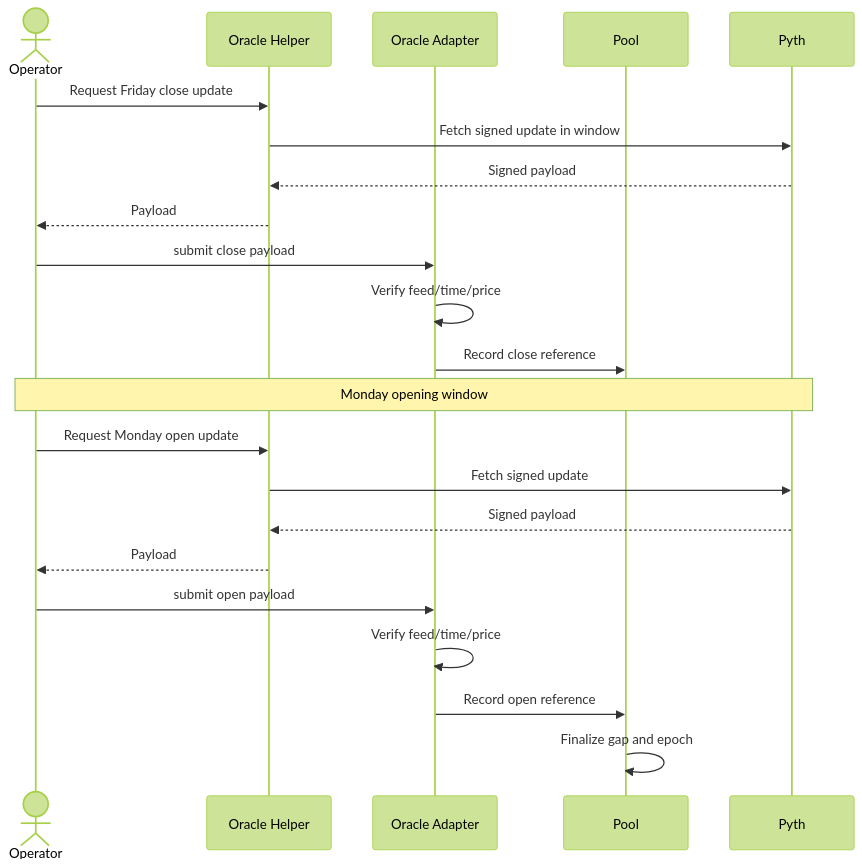
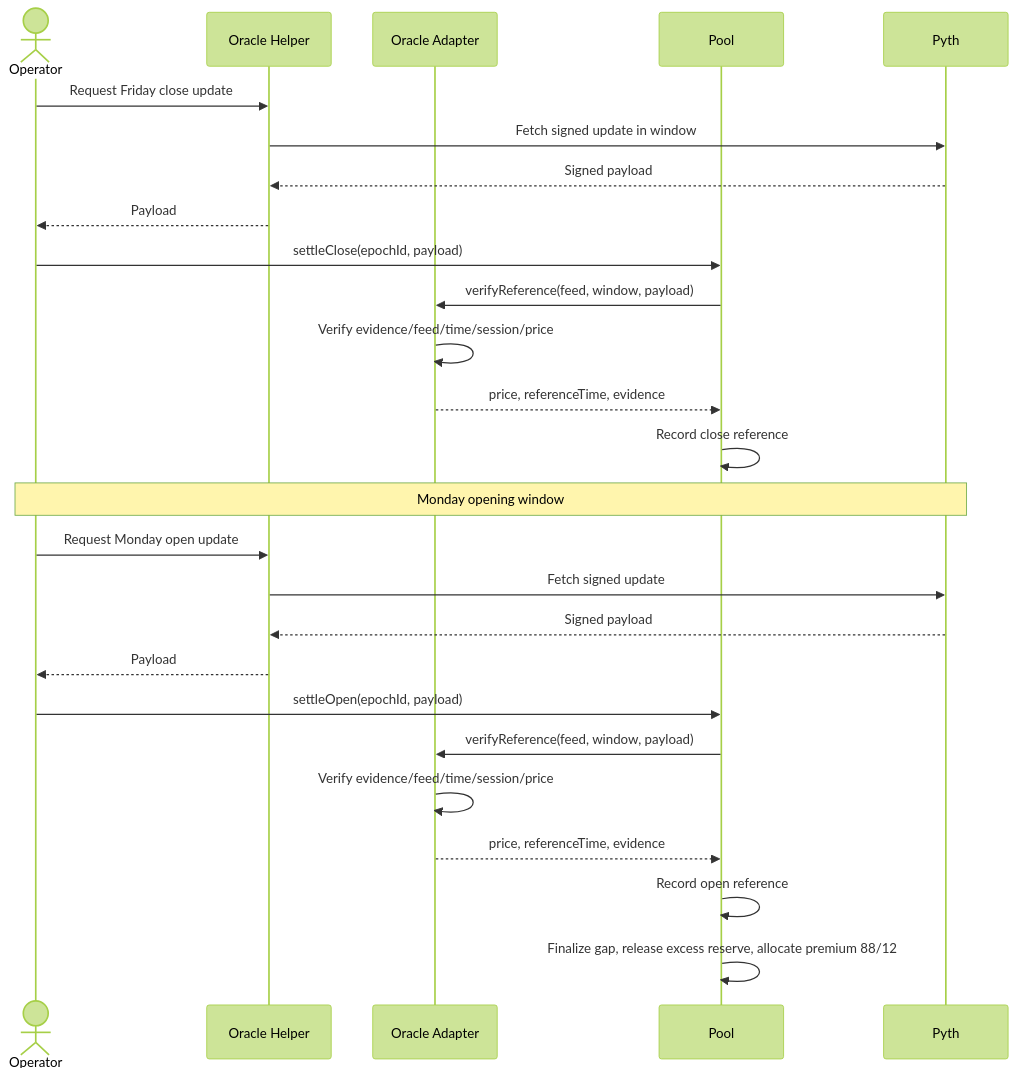
The sixth of 7 diagrams in GAPSHIELD_PRODUCT_ARCHITECTURE.md (modolu/gapshield), drawn with Mermaid (forest theme) before and after one commit. The commit also changed other lines of this file and 2 other files, not shown here.

First line of the commit message:
docs: freeze phase 0 architecture decisions

````diff
--- a/GAPSHIELD_PRODUCT_ARCHITECTURE.md
+++ b/GAPSHIELD_PRODUCT_ARCHITECTURE.md
@@ -628,27 +667,31 @@
 ```mermaid
 sequenceDiagram
     actor Operator
     participant Server as Oracle Helper
     participant Oracle as Oracle Adapter
     participant Pool
     participant Pyth
 
     Operator->>Server: Request Friday close update
     Server->>Pyth: Fetch signed update in window
     Pyth-->>Server: Signed payload
     Server-->>Operator: Payload
-    Operator->>Oracle: submit close payload
-    Oracle->>Oracle: Verify feed/time/price
-    Oracle->>Pool: Record close reference
+    Operator->>Pool: settleClose(epochId, payload)
+    Pool->>Oracle: verifyReference(feed, window, payload)
+    Oracle->>Oracle: Verify evidence/feed/time/session/price
+    Oracle-->>Pool: price, referenceTime, evidence
+    Pool->>Pool: Record close reference
 
     Note over Operator,Pyth: Monday opening window
 
     Operator->>Server: Request Monday open update
     Server->>Pyth: Fetch signed update
     Pyth-->>Server: Signed payload
     Server-->>Operator: Payload
-    Operator->>Oracle: submit open payload
-    Oracle->>Oracle: Verify feed/time/price
-    Oracle->>Pool: Record open reference
-    Pool->>Pool: Finalize gap and epoch
+    Operator->>Pool: settleOpen(epochId, payload)
+    Pool->>Oracle: verifyReference(feed, window, payload)
+    Oracle->>Oracle: Verify evidence/feed/time/session/price
+    Oracle-->>Pool: price, referenceTime, evidence
+    Pool->>Pool: Record open reference
+    Pool->>Pool: Finalize gap, release excess reserve, allocate premium 88/12
 ```
````
